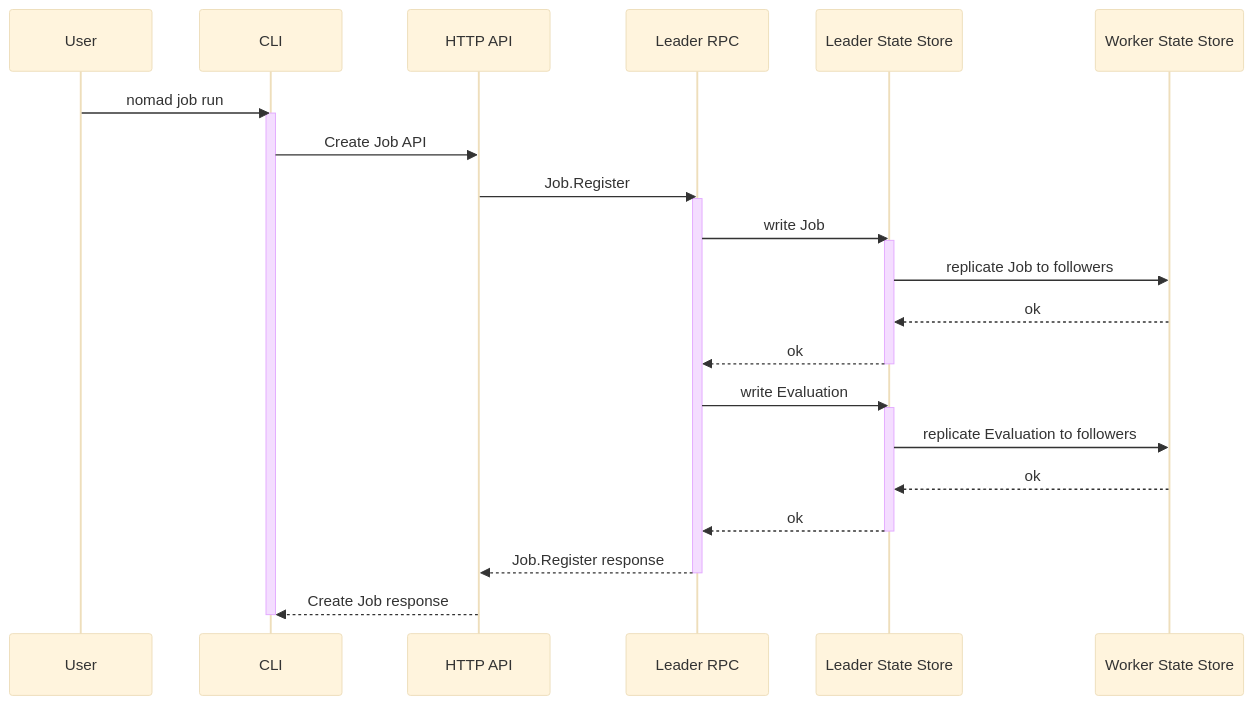
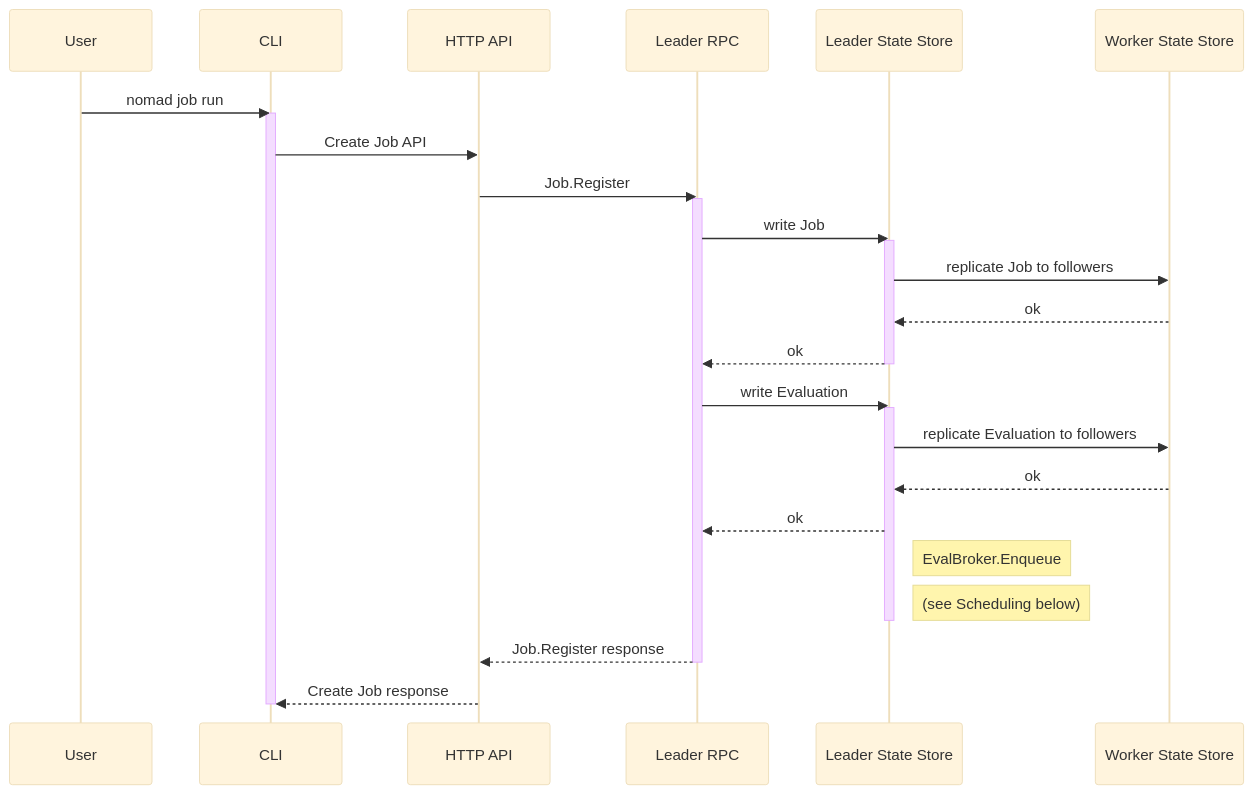
One commit to hashicorp/nomad changed the first of 4 diagrams in contributing/architecture-eval-lifecycle.md. Above: the diagram before and after it, drawn with Mermaid (base theme). The commit also changed other lines of this file and 3 other files, not shown here.

````diff
--- a/contributing/architecture-eval-lifecycle.md
+++ b/contributing/architecture-eval-lifecycle.md
@@ -30,39 +30,44 @@
 ```mermaid
 sequenceDiagram
 
     participant user as User
     participant cli as CLI
     participant httpAPI as HTTP API
     participant leaderRpc as Leader RPC
     participant leaderFSM as Leader State Store
     participant workerFSM as Worker State Store
 
     user ->> cli: nomad job run
     activate cli
     cli ->> httpAPI: Create Job API
     httpAPI ->> leaderRpc: Job.Register
 
     activate leaderRpc
 
     leaderRpc ->> leaderFSM: write Job
     activate leaderFSM
     leaderFSM ->> workerFSM: replicate Job to followers
 
     workerFSM -->> leaderFSM: ok
     leaderFSM -->> leaderRpc: ok
     deactivate leaderFSM
 
     leaderRpc ->> leaderFSM: write Evaluation
+
     activate leaderFSM
     leaderFSM ->> workerFSM: replicate Evaluation to followers
     workerFSM -->> leaderFSM: ok
     leaderFSM -->> leaderRpc: ok
+
+    Note right of leaderFSM: EvalBroker.Enqueue
+    Note right of leaderFSM: (see Scheduling below)
+
     deactivate leaderFSM
 
     leaderRpc -->> httpAPI: Job.Register response
     deactivate leaderRpc
 
     httpAPI -->> cli: Create Job response
     deactivate cli
 
 ```
````
